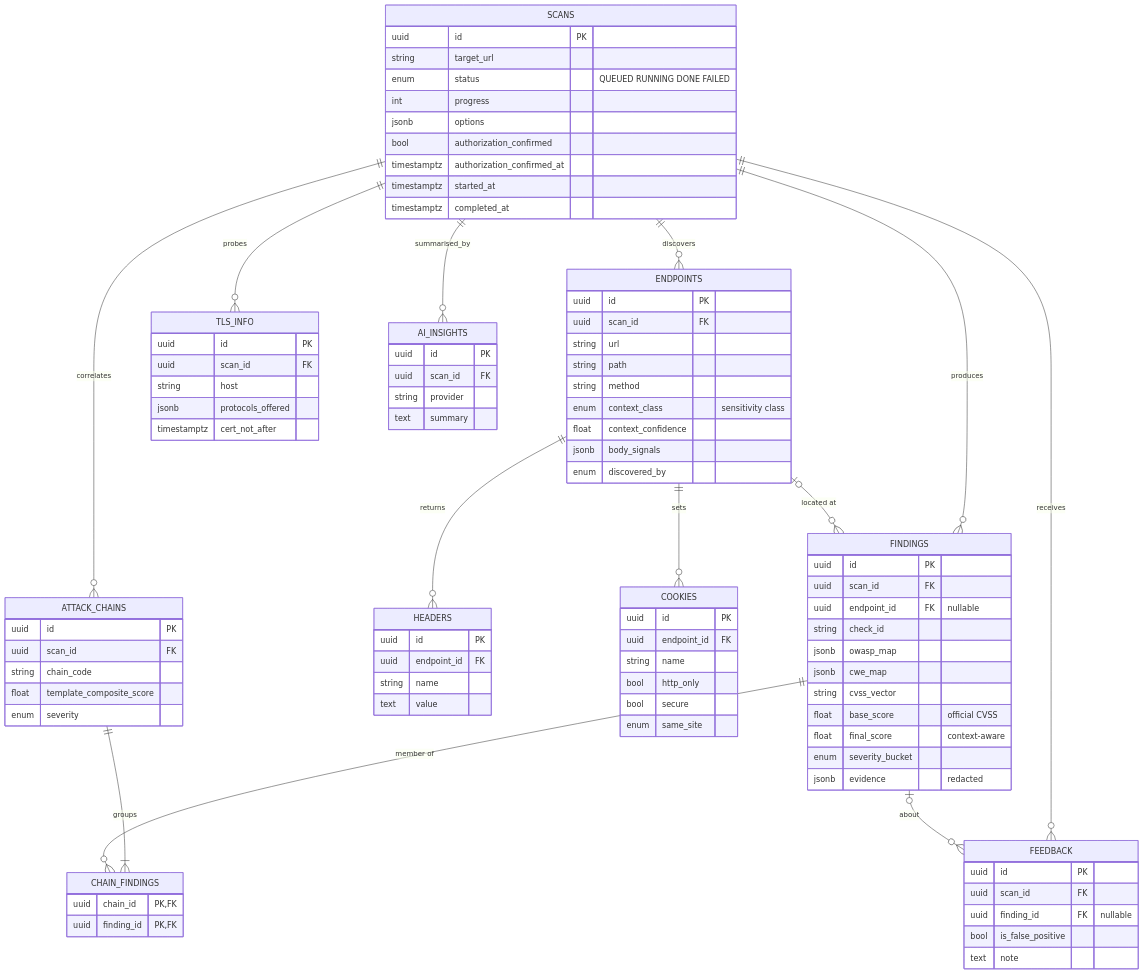
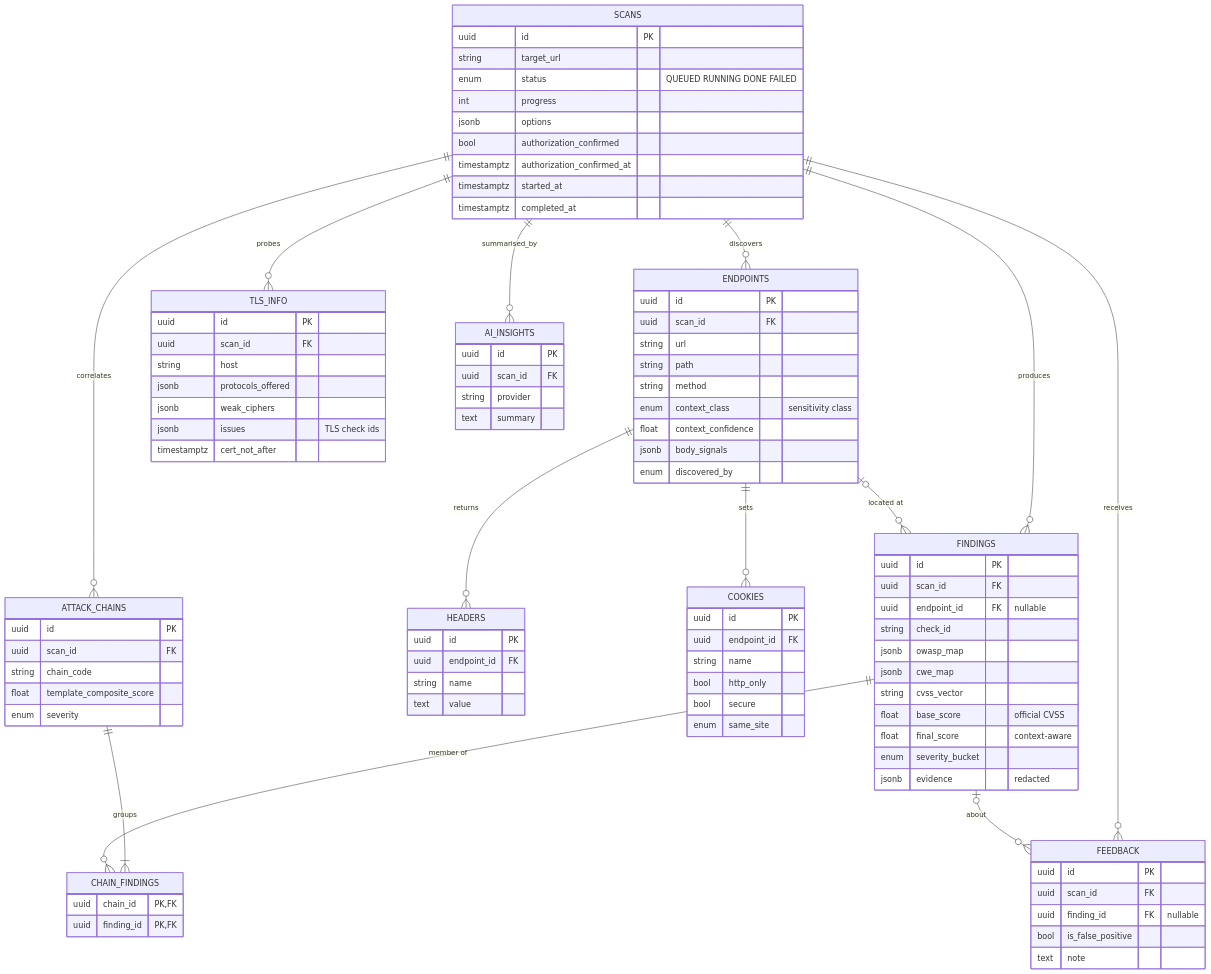
Before and after one commit to Asimshakeel13/Context-Aware-Web-and-API-Security-Misconfiguration-Analyzer: the diagram in docs/schema.md, drawn with Mermaid. The commit also changed other lines of this file and 1 other file, not shown here.

First line of the commit message:
Document how the schema maps to the imported data model

```diff
--- a/docs/schema.md
+++ b/docs/schema.md
@@ -157,6 +161,8 @@
         uuid scan_id FK
         string host
         jsonb protocols_offered
+        jsonb weak_ciphers
+        jsonb issues "TLS check ids"
         timestamptz cert_not_after
     }
     ATTACK_CHAINS {
```
